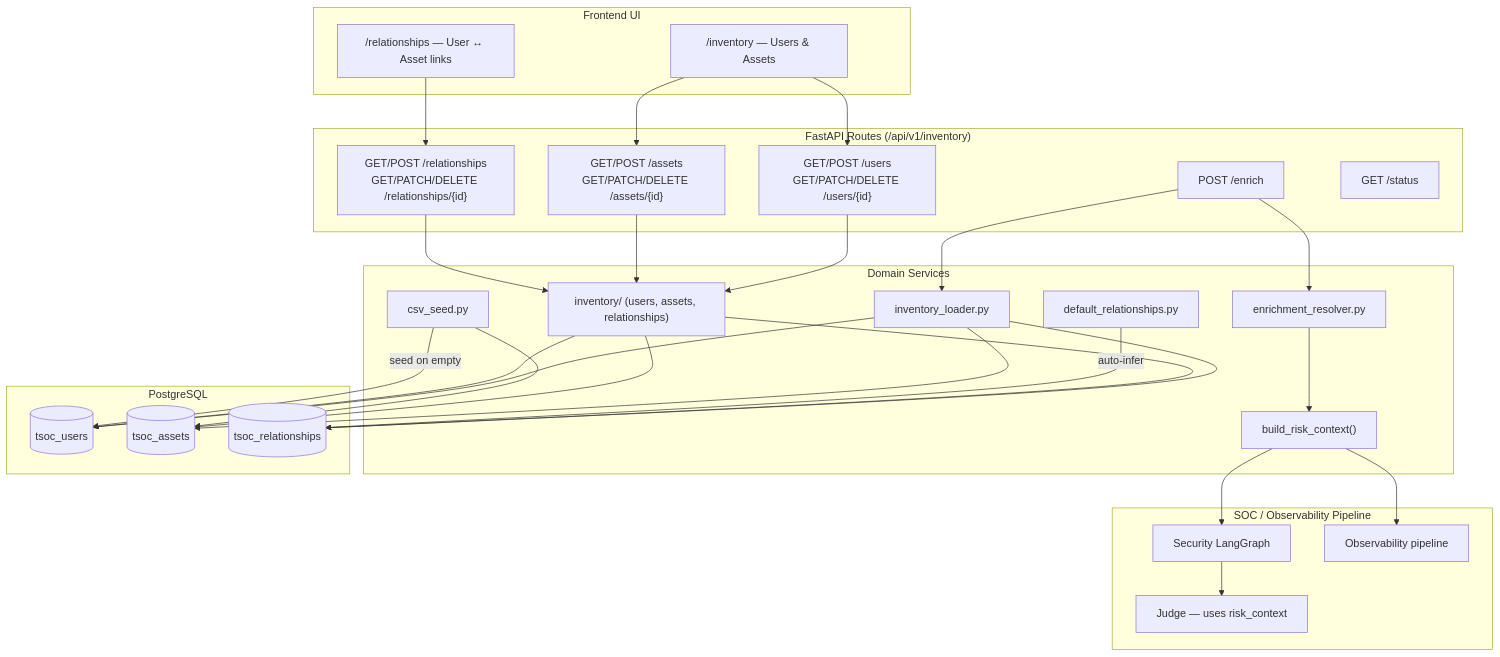
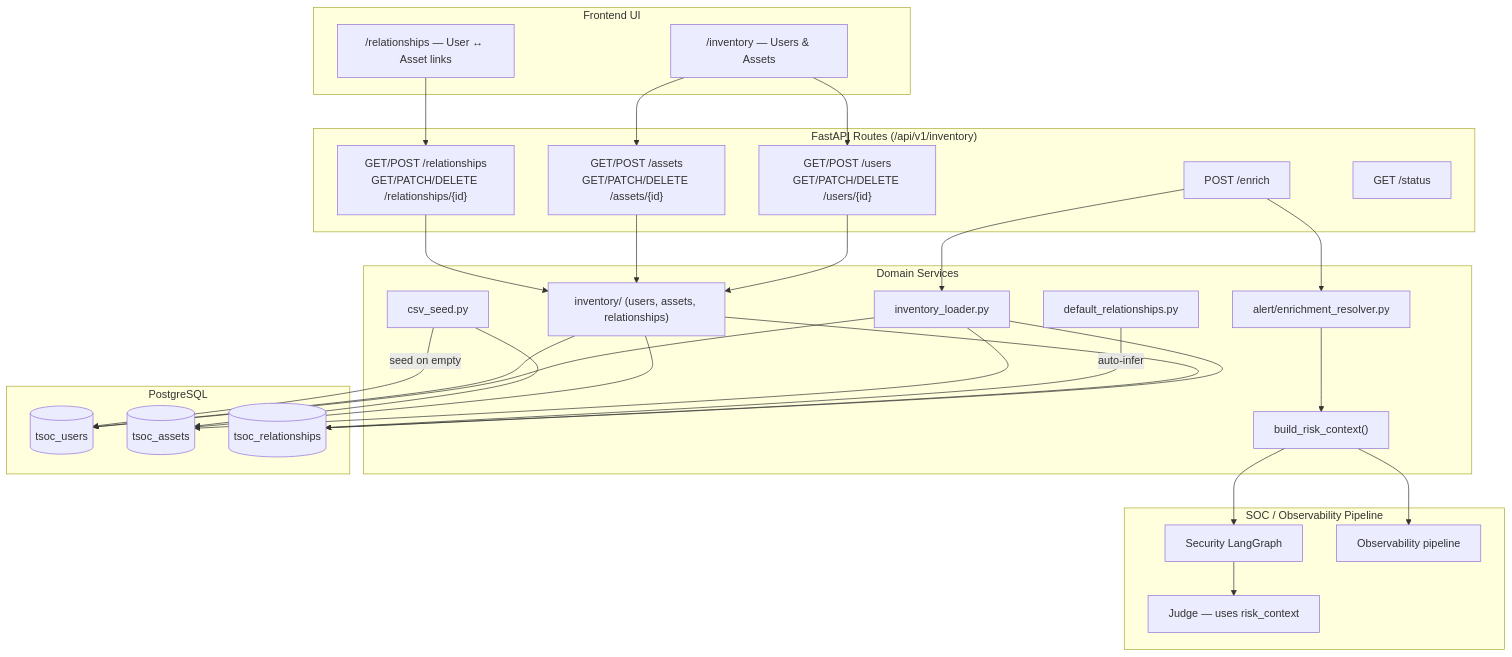
Before and after one commit to Sepideh-Asadollahi/ThinkingSOC-splunk-hackathon: the first of 2 diagrams in docs/14-inventory-service.md, drawn with Mermaid. The commit also changed other lines of this file and 55 other files, not shown here.

````diff
--- a/docs/14-inventory-service.md
+++ b/docs/14-inventory-service.md
@@ -11,53 +11,53 @@
 ```mermaid
 flowchart TB
   subgraph ui ["Frontend UI"]
     InvPage["/inventory — Users & Assets"]
     RelPage["/relationships — User ↔ Asset links"]
   end
 
   subgraph api ["FastAPI Routes (/api/v1/inventory)"]
     UsersAPI["GET/POST /users\nGET/PATCH/DELETE /users/{id}"]
     AssetsAPI["GET/POST /assets\nGET/PATCH/DELETE /assets/{id}"]
     RelsAPI["GET/POST /relationships\nGET/PATCH/DELETE /relationships/{id}"]
     EnrichAPI["POST /enrich"]
     StatusAPI["GET /status"]
   end
 
   subgraph services ["Domain Services"]
     CRUD["inventory/ (users, assets, relationships)"]
-    Resolver["enrichment_resolver.py"]
+    Resolver["alert/enrichment_resolver.py"]
     Loader["inventory_loader.py"]
     DefaultRels["default_relationships.py"]
     CSVSeed["csv_seed.py"]
     RiskCtx["build_risk_context()"]
   end
 
   subgraph data ["PostgreSQL"]
     TUsers[("tsoc_users")]
     TAssets[("tsoc_assets")]
     TRels[("tsoc_relationships")]
   end
 
   subgraph pipeline ["SOC / Observability Pipeline"]
     SOC["Security LangGraph"]
     OBS["Observability pipeline"]
     Judge["Judge — uses risk_context"]
   end
 
   InvPage --> UsersAPI
   InvPage --> AssetsAPI
   RelPage --> RelsAPI
   EnrichAPI --> Loader --> TUsers
   Loader --> TAssets
   Loader --> TRels
   EnrichAPI --> Resolver
   UsersAPI --> CRUD --> TUsers
   AssetsAPI --> CRUD --> TAssets
   RelsAPI --> CRUD --> TRels
   CSVSeed -->|"seed on empty"| TUsers
   CSVSeed --> TAssets
   DefaultRels -->|"auto-infer"| TRels
   Resolver --> RiskCtx
   RiskCtx --> SOC --> Judge
   RiskCtx --> OBS
 ```
````
